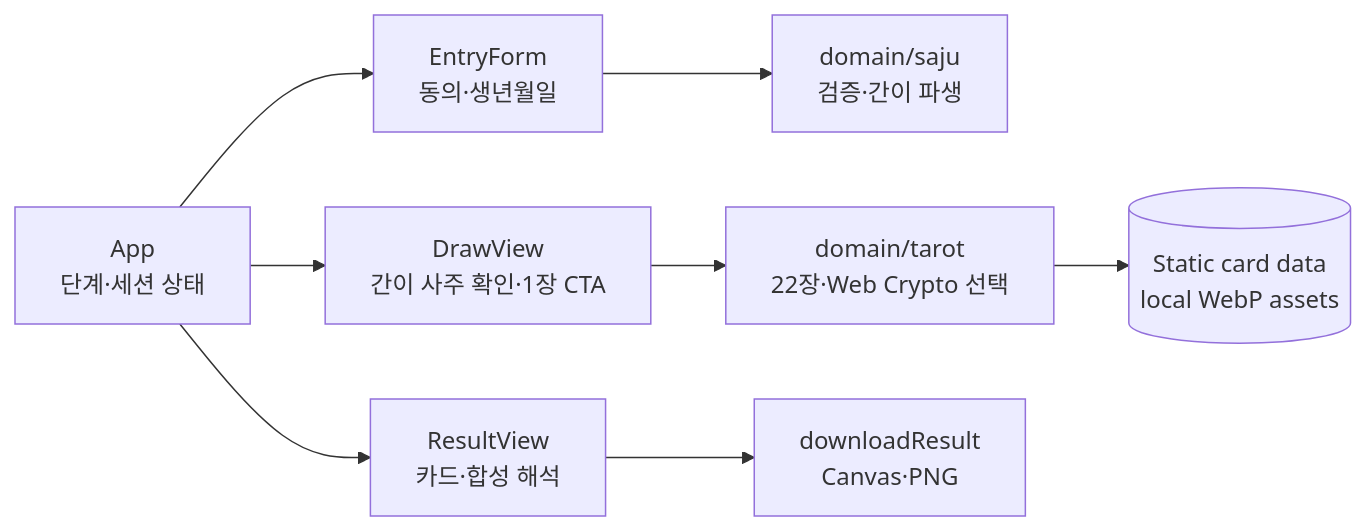
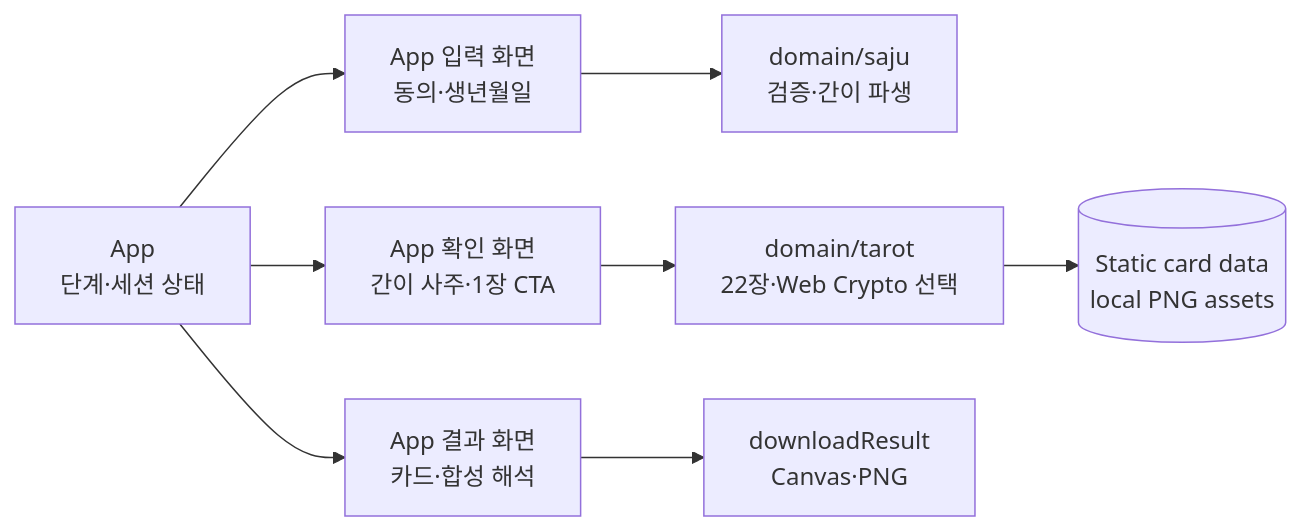
Before and after one commit to hack-the-beat-c3/hap: the diagram in docs/design/02_COMPONENT_DESIGN.md, drawn with Mermaid. The commit also changed other lines of this file and 6 other files, not shown here.

````diff
--- a/docs/design/02_COMPONENT_DESIGN.md
+++ b/docs/design/02_COMPONENT_DESIGN.md
@@ -36,19 +36,19 @@
 ```mermaid
 flowchart LR
     App[App<br/>단계·세션 상태]
-    Entry[EntryForm<br/>동의·생년월일]
-    Draw[DrawView<br/>간이 사주 확인·1장 CTA]
-    Result[ResultView<br/>카드·합성 해석]
+    Entry[App 입력 화면<br/>동의·생년월일]
+    Draw[App 확인 화면<br/>간이 사주·1장 CTA]
+    Result[App 결과 화면<br/>카드·합성 해석]
     Saju[domain/saju<br/>검증·간이 파생]
     Tarot[domain/tarot<br/>22장·Web Crypto 선택]
     Download[downloadResult<br/>Canvas·PNG]
-    Assets[(Static card data<br/>local WebP assets)]
+    Assets[(Static card data<br/>local PNG assets)]
 
     App --> Entry
     App --> Draw
     App --> Result
     Entry --> Saju
     Draw --> Tarot
     Tarot --> Assets
     Result --> Download
 ```
````
